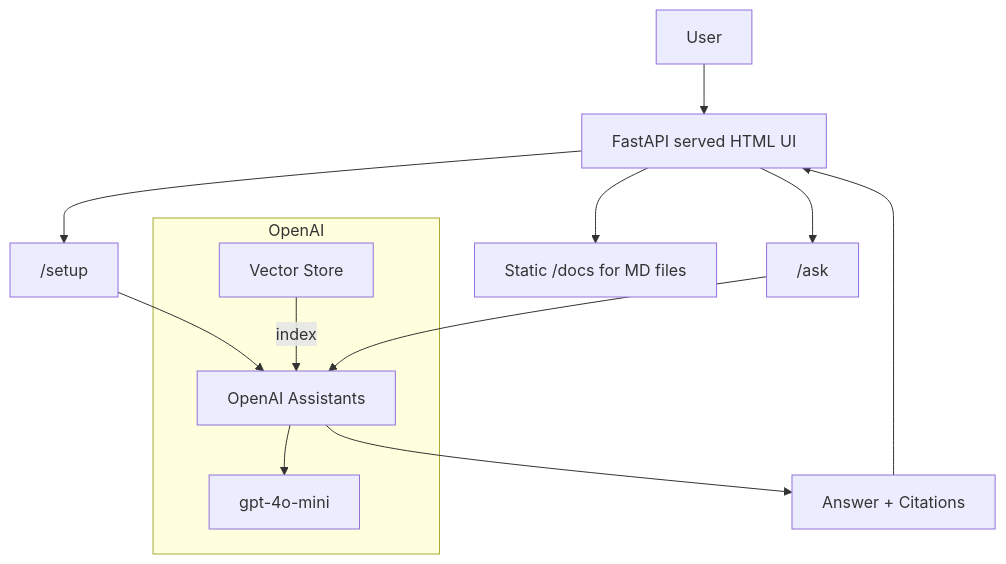
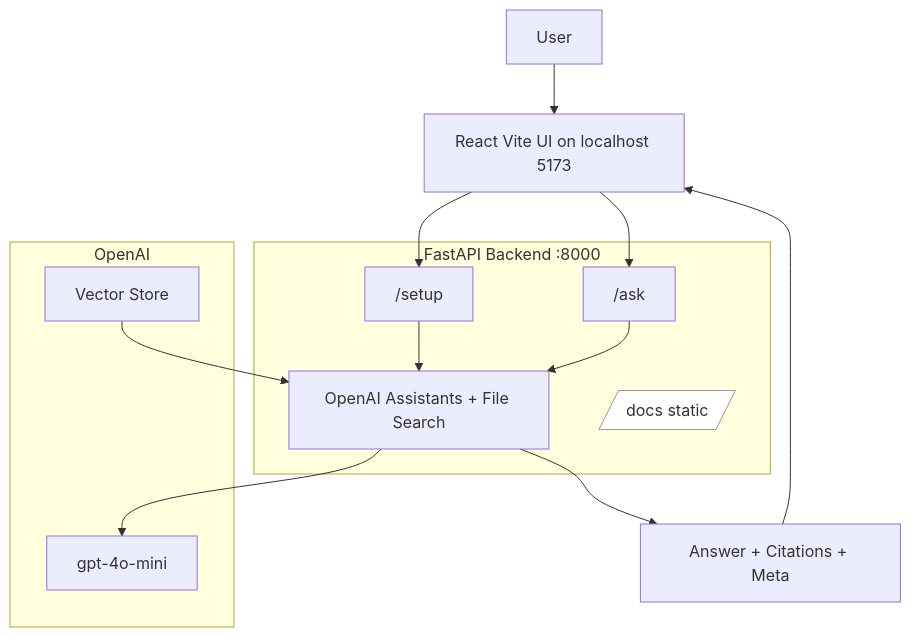
One commit to abderahmentrabelsi/rag changed the diagram in README.md. Above: the diagram before and after it, drawn with Mermaid. The commit also changed other lines of this file and 17 other files, not shown here.

First line of the commit message:
feat: initialize frontend with Vite, React, and Tailwind CSS

````diff
--- a/README.md
+++ b/README.md
@@ -14,15 +31,19 @@
 ```mermaid
 flowchart TB
-  U[User] --> UI[FastAPI served HTML UI]
-  UI --> /setup
-  /setup --> OA[OpenAI Assistants]
+  U[User] --> Vite[React Vite UI on localhost 5173]
+  Vite --> /setup
+  Vite --> /ask
+  subgraph FastAPI[FastAPI Backend :8000]
+    /setup --> OA[OpenAI Assistants + File Search]
+    /ask --> OA
+    Docs[/docs static/]:::docs
+  end
   subgraph OpenAI
-    VS[Vector Store] -->|index| OA
+    VS[Vector Store] --> OA
     OA --> LLM[gpt-4o-mini]
   end
-  UI --> /ask
-  /ask --> OA
-  OA --> Ans[Answer + Citations]
-  Ans --> UI
-  UI --> /docs[Static /docs for MD files]
+  OA --> Ans[Answer + Citations + Meta]
+  Ans --> Vite
+
+  classDef docs fill:#fff,stroke:#999,color:#333;
 ```
````
